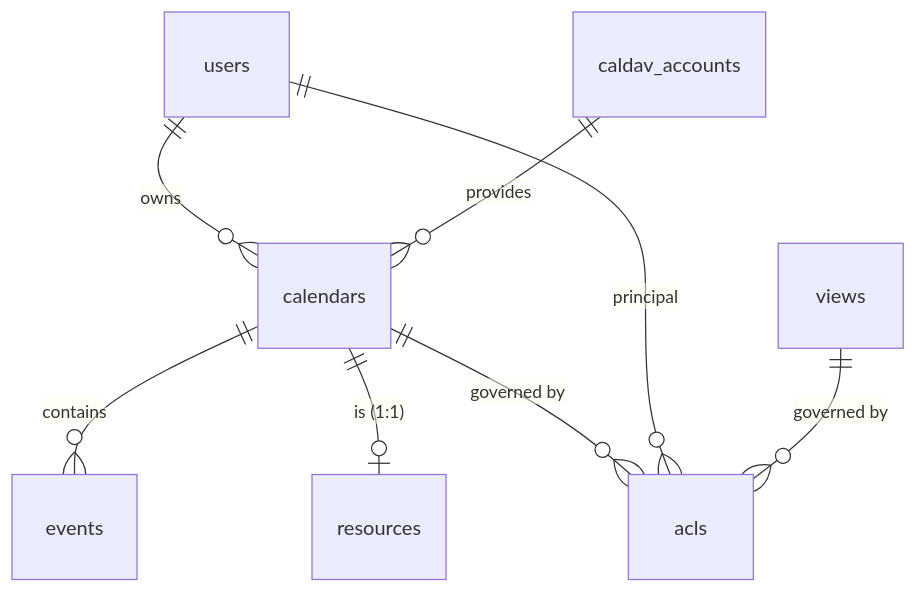
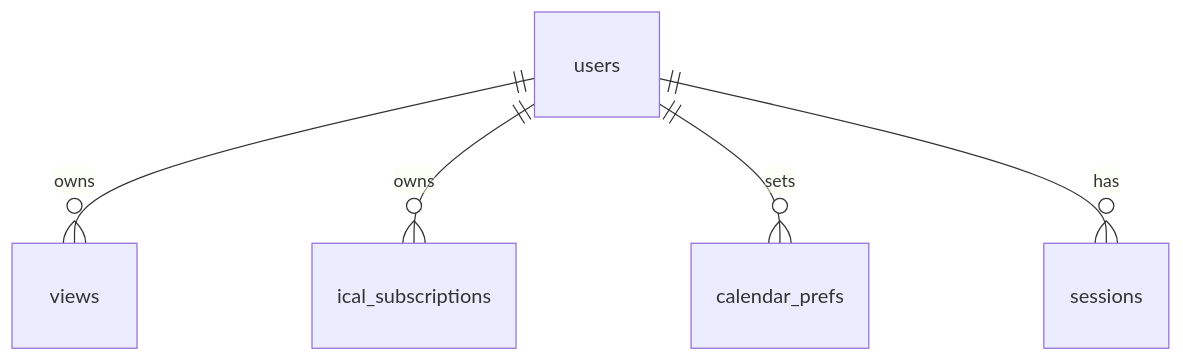
One commit to ByteSquire/web-calendar changed the second of 4 diagrams in docs/design.md. Above: the diagram before and after it, drawn with Mermaid. The commit also changed other lines of this file and 11 other files, not shown here.

````diff
--- a/docs/design.md
+++ b/docs/design.md
@@ -108,10 +127,7 @@
 ```mermaid
 erDiagram
-    users ||--o{ calendars : owns
-    caldav_accounts ||--o{ calendars : provides
-    calendars ||--o{ events : contains
-    calendars ||--o| resources : "is (1:1)"
-    calendars ||--o{ acls : "governed by"
-    users ||--o{ acls : "principal"
-    views ||--o{ acls : "governed by"
+    users ||--o{ views : owns
+    users ||--o{ ical_subscriptions : owns
+    users ||--o{ calendar_prefs : sets
+    users ||--o{ sessions : has
 ```
````
